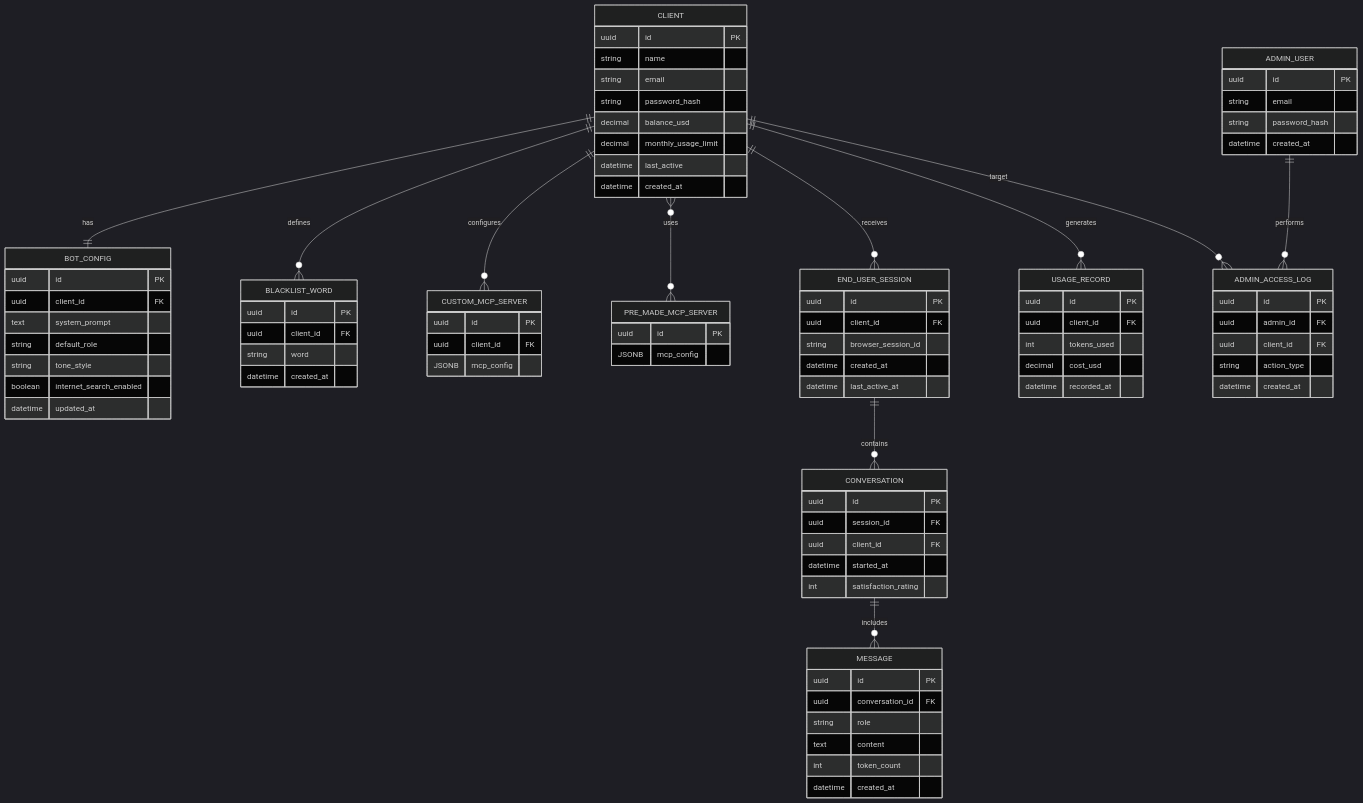
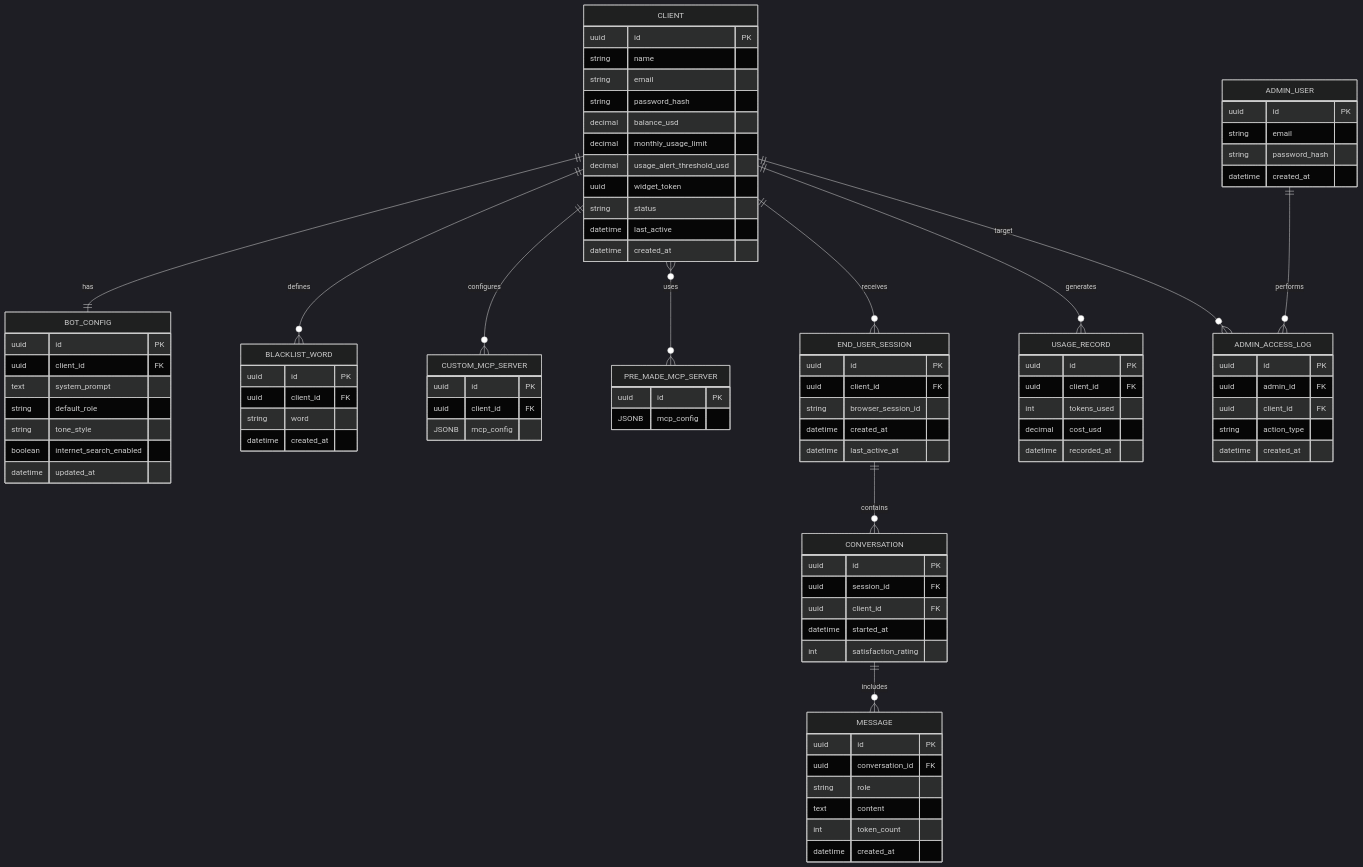
Before and after one commit to Fidasek009/pb138: the diagram in docs/architecture/ERD/main-mermaid.md, drawn with Mermaid (dark theme). The commit also changed 4 other files, not shown here.

First line of the commit message:
feat(api): add missing fields to clients schema

```diff
--- a/docs/architecture/ERD/main-mermaid.md
+++ b/docs/architecture/ERD/main-mermaid.md
@@ -7,6 +7,9 @@
         string password_hash
         decimal balance_usd
         decimal monthly_usage_limit
+        decimal usage_alert_threshold_usd
+        uuid widget_token
+        string status
         datetime last_active
         datetime created_at
     }
```
